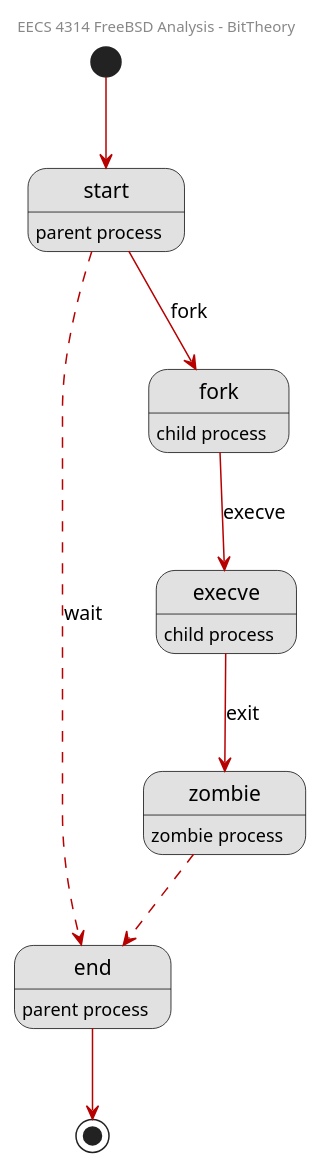
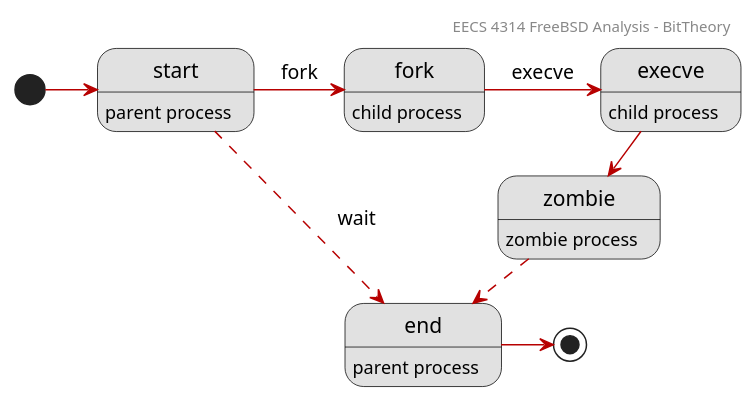
One commit to BitTheoryProject/eecs4314-reports changed the diagram in a1/assets/state_diagrams/process-state.pu. Above: the diagram before and after it, drawn with PlantUML. The commit also changed 7 other files, not shown here.

```diff
--- a/a1/assets/state_diagrams/process-state.pu
+++ b/a1/assets/state_diagrams/process-state.pu
@@ -1,30 +1,24 @@
 @startuml
 header EECS 4314 FreeBSD Analysis - BitTheory
 
 skinparam state {
   ArrowColor #B70000
   BorderColor #000000
   FontName Impact
   BackgroundColor #e1e1e1
 }
 
-[*] --> start
-start -[dashed]-> end : wait
+[*] -r-> start
 start: parent process
 end: parent process
-
-start --> fork : fork
+start -r-> fork : fork
 fork: child process
-
-fork --> execve : execve
+fork -r-> execve : execve
 execve: child process
-
-execve --> zombie : exit
+execve -r-> zombie : exit
 zombie: zombie process
-
-zombie -[dashed]-> end
-
-end --> [*]
-
+zombie -r[dashed]-> end
+end -r-> [*]
+start -[dashed]-> end : wait
 
 @enduml
```
